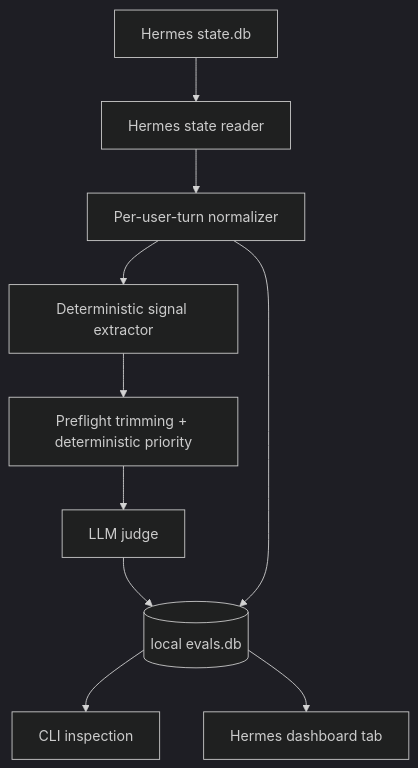
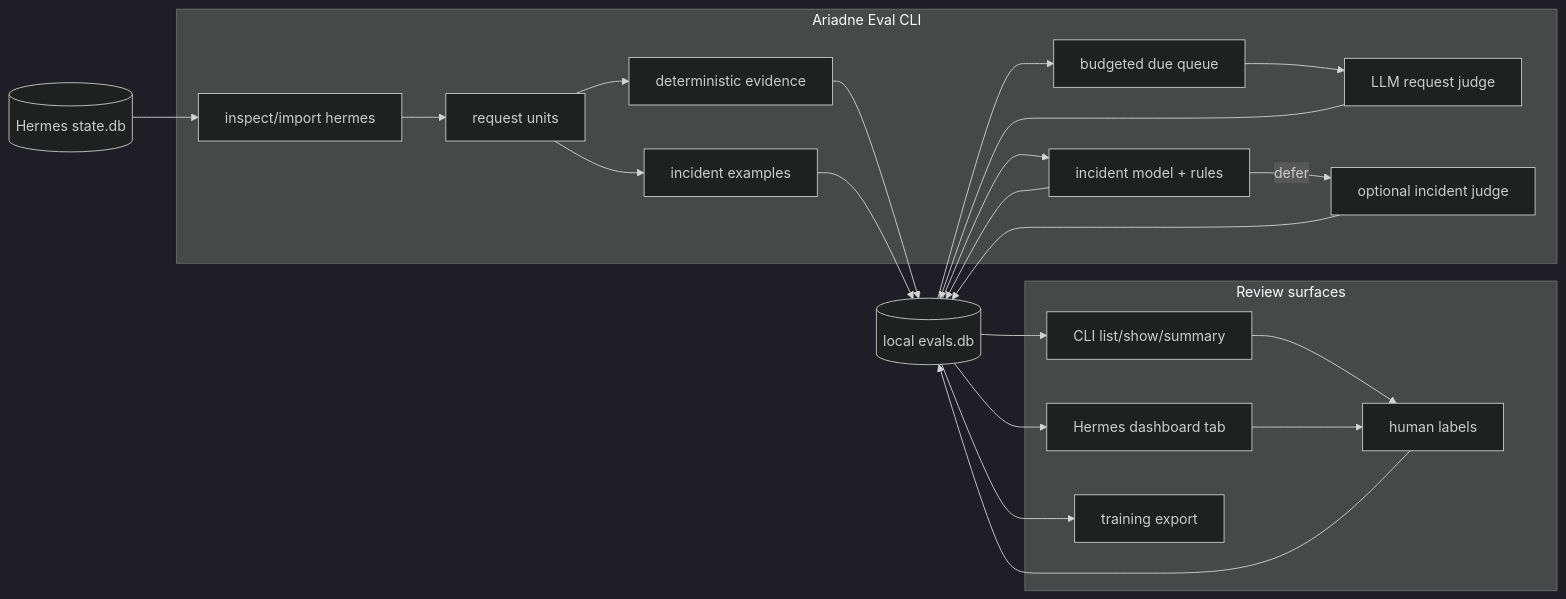
One commit to merlinhu1/ariadne-eval changed the diagram in README.md. Above: the diagram before and after it, drawn with Mermaid (dark theme). The commit also changed other lines of this file and 229 other files, not shown here.

First line of the commit message:
feat: consolidate post-May-19 Ariadne Eval work

````diff
--- a/README.md
+++ b/README.md
@@ -219,12 +33,37 @@
 ```mermaid
-graph TD
-    HS[Hermes state.db] --> R[Hermes state reader]
-    R --> N[Per-user-turn normalizer]
-    N --> S[Deterministic signal extractor]
-    S --> T[Preflight trimming + deterministic priority]
-    T --> J[LLM judge]
-    J --> DB[(local evals.db)]
-    N --> DB
-    DB --> CLI[CLI inspection]
-    DB --> DASH[Hermes dashboard tab]
+flowchart LR
+    H[(Hermes state.db)]
+
+    subgraph CLI[Ariadne Eval CLI]
+        I[inspect/import hermes]
+        U[request units]
+        E[deterministic evidence]
+        X[incident examples]
+        Q[budgeted due queue]
+        RJ[LLM request judge]
+        IM[incident model + rules]
+        IJ[optional incident judge]
+    end
+
+    DB[(local evals.db)]
+
+    subgraph Review[Review surfaces]
+        C[CLI list/show/summary]
+        D[Hermes dashboard tab]
+        L[human labels]
+        T[training export]
+    end
+
+    H --> I --> U
+    U --> E --> DB
+    U --> X --> DB
+    DB --> Q --> RJ --> DB
+    DB --> IM --> DB
+    IM -->|defer| IJ
+    IJ --> DB
+    DB --> C
+    DB --> D
+    C --> L --> DB
+    D --> L
+    DB --> T
 ```
````
